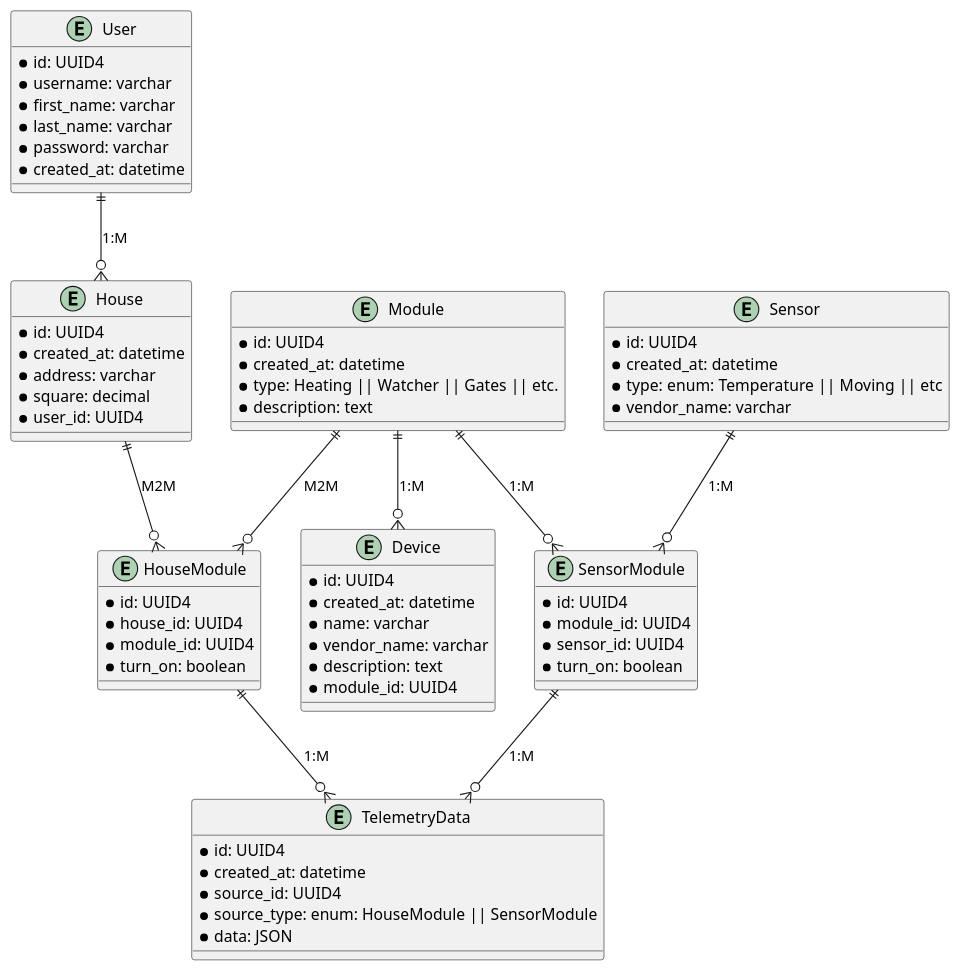
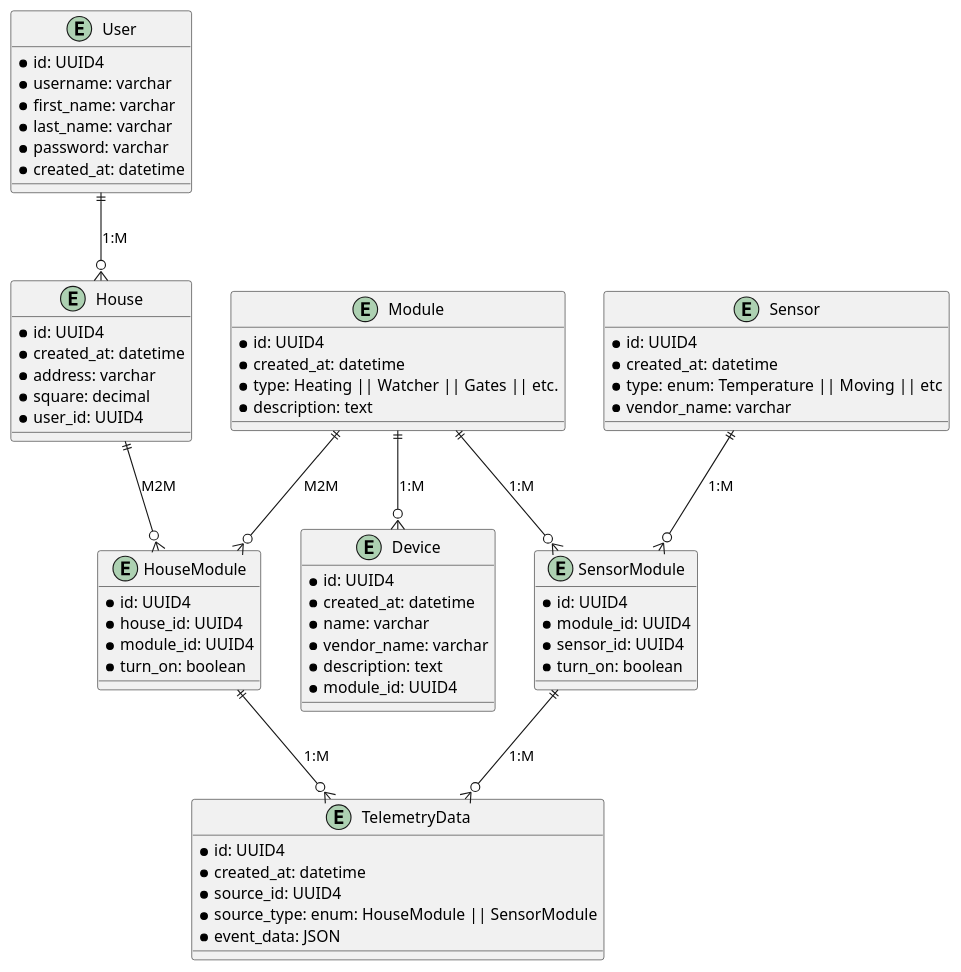
Before and after one commit to fireflysmk/architecture-sprint-3: the diagram in smart-home-monolith/diagrams/ER_CleverVillageSystem.puml, drawn with PlantUML.

Commit message:
improvements er diagram

```diff
--- a/smart-home-monolith/diagrams/ER_CleverVillageSystem.puml
+++ b/smart-home-monolith/diagrams/ER_CleverVillageSystem.puml
@@ -1,74 +1,74 @@
 @startuml
 entity "User" {
     *id: UUID4
     *username: varchar
     *first_name: varchar
     *last_name: varchar
     *password: varchar
     *created_at: datetime
 }
 
 entity "House" {
     *id: UUID4
     *created_at: datetime
     *address: varchar
     *square: decimal
     *user_id: UUID4
 }
 
 entity "Module" {
     *id: UUID4
     *created_at: datetime
     *type: Heating || Watcher || Gates || etc.
     *description: text
 }
 
 entity "HouseModule" {
     *id: UUID4
     *house_id: UUID4
     *module_id: UUID4
     *turn_on: boolean
 }
 
 entity "SensorModule" {
     *id: UUID4
     *module_id: UUID4
     *sensor_id: UUID4
     *turn_on: boolean
 }
 
 entity "Device" {
     *id: UUID4
     *created_at: datetime
     *name: varchar
     *vendor_name: varchar
     *description: text
     *module_id: UUID4
 }
 
 entity "Sensor" {
     *id: UUID4
     *created_at: datetime
     *type: enum: Temperature || Moving || etc
     *vendor_name: varchar
 }
 
 entity "TelemetryData" {
     *id: UUID4
     *created_at: datetime
     *source_id: UUID4
     *source_type: enum: HouseModule || SensorModule
-    *data: JSON
+    *event_data: JSON
 }
 
 User ||--o{ House : "1:M"
 House ||--o{ HouseModule : "M2M"
 Module ||--o{ HouseModule : "M2M"
 Module ||--o{ Device : "1:M"
 
 Module ||--o{ SensorModule : "1:M"
 Sensor ||--o{ SensorModule : "1:M"
 
 SensorModule ||--o{ TelemetryData : "1:M"
 HouseModule ||--o{ TelemetryData : "1:M"
 @enduml
```
